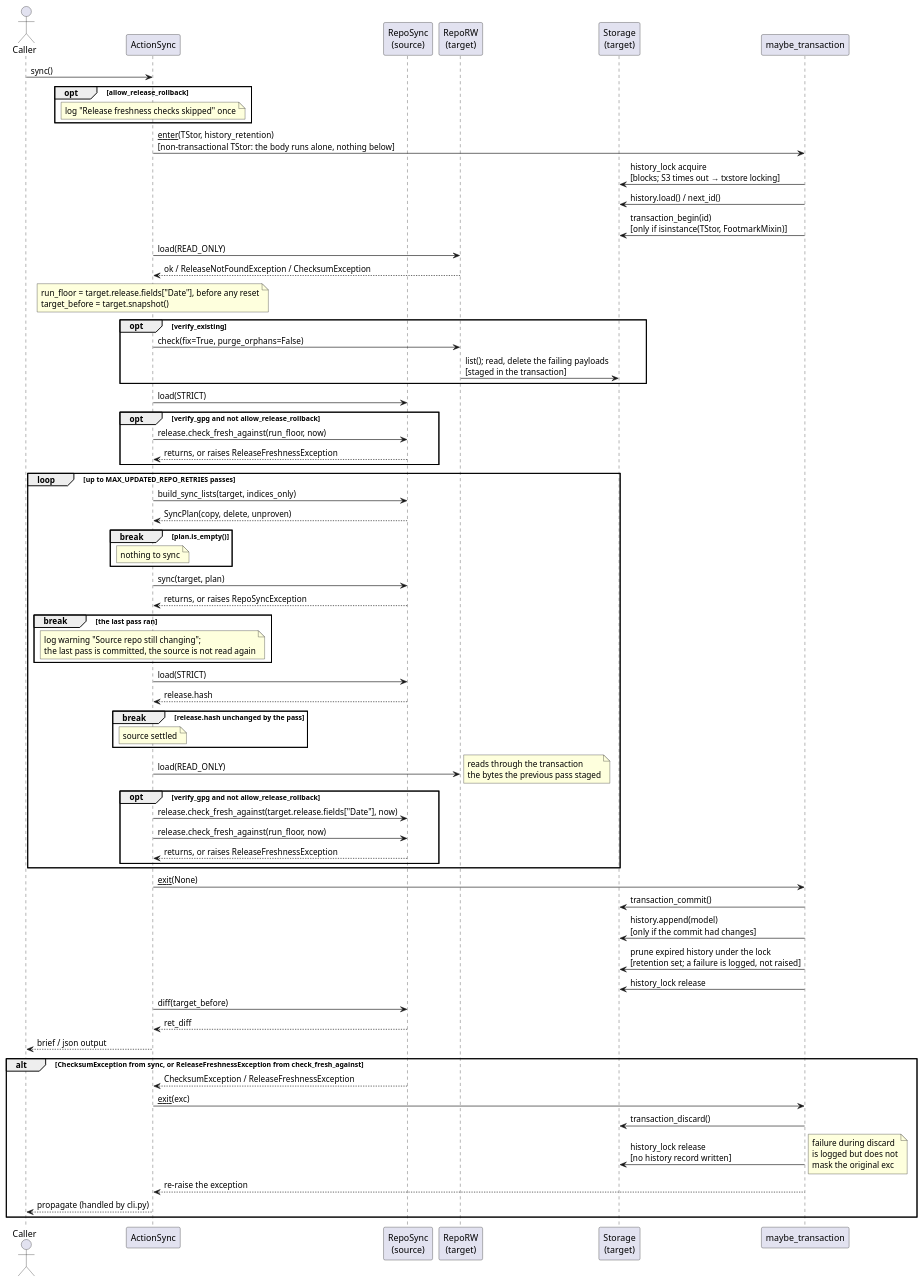
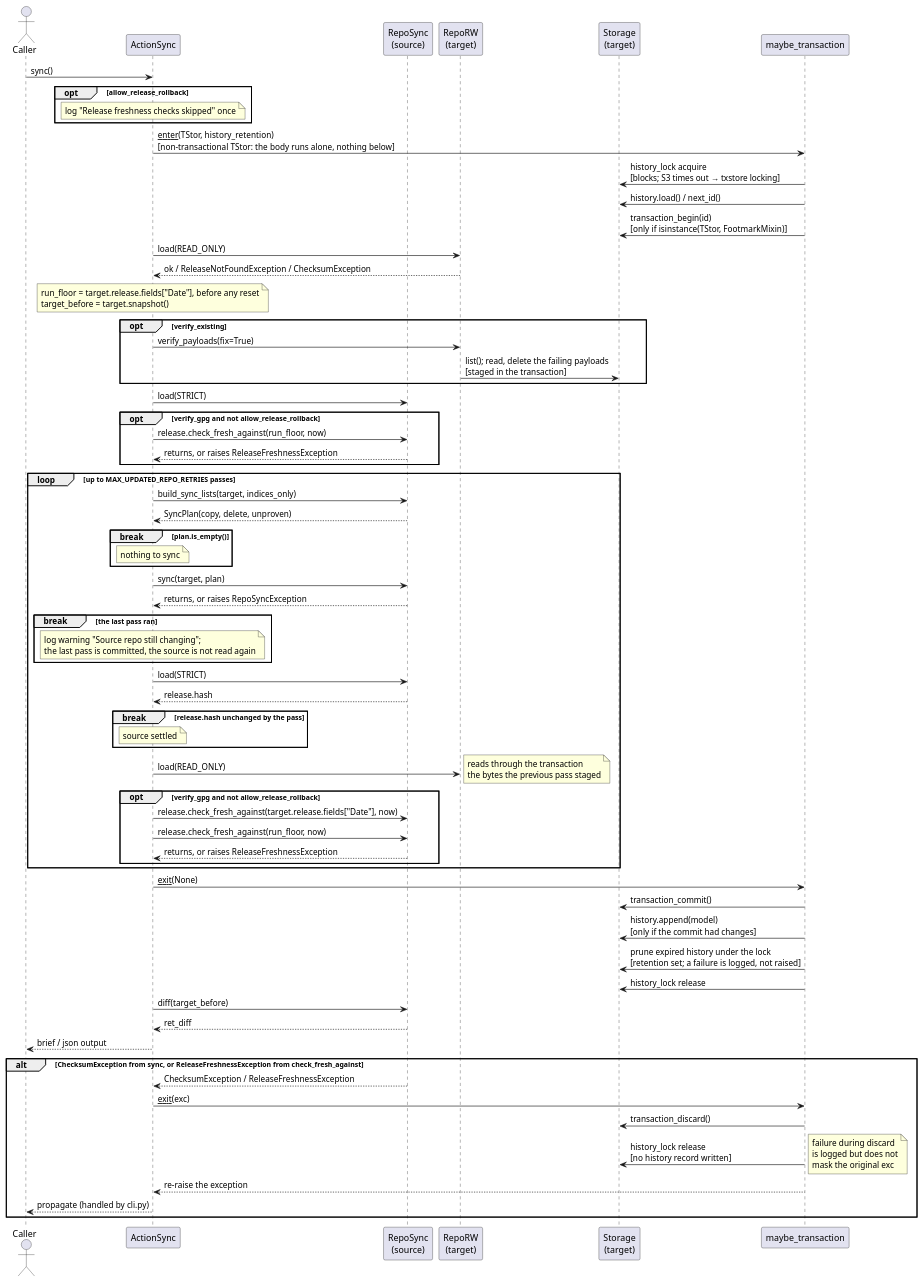
The diagram in docs/development/diagrams/action-sync-sequence.puml (vinklat/debkit), drawn with PlantUML before and after one commit. The commit also changed 28 other files, not shown here.

```diff
--- a/docs/development/diagrams/action-sync-sequence.puml
+++ b/docs/development/diagrams/action-sync-sequence.puml
@@ -1,82 +1,82 @@
 @startuml
 actor Caller
 participant ActionSync
 participant "RepoSync\n(source)" as Src
 participant "RepoRW\n(target)" as Tgt
 participant "Storage\n(target)" as TStor
 participant "maybe_transaction" as CM
 
 Caller -> ActionSync: sync()
 
 opt allow_release_rollback
   note over ActionSync: log "Release freshness checks skipped" once
 end
 
 ActionSync -> CM: __enter__(TStor, history_retention)\n[non-transactional TStor: the body runs alone, nothing below]
 CM -> TStor: history_lock acquire\n[blocks; S3 times out → txstore locking]
 CM -> TStor: history.load() / next_id()
 CM -> TStor: transaction_begin(id)\n[only if isinstance(TStor, FootmarkMixin)]
 
 ActionSync -> Tgt: load(READ_ONLY)
 Tgt --> ActionSync: ok / ReleaseNotFoundException / ChecksumException
 note over ActionSync: run_floor = target.release.fields["Date"], before any reset\ntarget_before = target.snapshot()
 
 opt verify_existing
-  ActionSync -> Tgt: check(fix=True, purge_orphans=False)
+  ActionSync -> Tgt: verify_payloads(fix=True)
   Tgt -> TStor: list(); read, delete the failing payloads\n[staged in the transaction]
 end
 
 ActionSync -> Src: load(STRICT)
 opt verify_gpg and not allow_release_rollback
   ActionSync -> Src: release.check_fresh_against(run_floor, now)
   Src --> ActionSync: returns, or raises ReleaseFreshnessException
 end
 
 loop up to MAX_UPDATED_REPO_RETRIES passes
   ActionSync -> Src: build_sync_lists(target, indices_only)
   Src --> ActionSync: SyncPlan(copy, delete, unproven)
   break plan.is_empty()
     note over ActionSync: nothing to sync
   end
 
   ActionSync -> Src: sync(target, plan)
   Src --> ActionSync: returns, or raises RepoSyncException
   break the last pass ran
     note over ActionSync: log warning "Source repo still changing";\nthe last pass is committed, the source is not read again
   end
 
   ActionSync -> Src: load(STRICT)
   Src --> ActionSync: release.hash
   break release.hash unchanged by the pass
     note over ActionSync: source settled
   end
 
   ActionSync -> Tgt: load(READ_ONLY)
   note right: reads through the transaction\nthe bytes the previous pass staged
   opt verify_gpg and not allow_release_rollback
     ActionSync -> Src: release.check_fresh_against(target.release.fields["Date"], now)
     ActionSync -> Src: release.check_fresh_against(run_floor, now)
     Src --> ActionSync: returns, or raises ReleaseFreshnessException
   end
 end
 
 ActionSync -> CM: __exit__(None)
 CM -> TStor: transaction_commit()
 CM -> TStor: history.append(model)\n[only if the commit had changes]
 CM -> TStor: prune expired history under the lock\n[retention set; a failure is logged, not raised]
 CM -> TStor: history_lock release
 
 ActionSync -> Src: diff(target_before)
 Src --> ActionSync: ret_diff
 ActionSync --> Caller: brief / json output
 
 alt ChecksumException from sync, or ReleaseFreshnessException from check_fresh_against
   Src --> ActionSync: ChecksumException / ReleaseFreshnessException
   ActionSync -> CM: __exit__(exc)
   CM -> TStor: transaction_discard()
   CM -> TStor: history_lock release\n[no history record written]
   note right: failure during discard\nis logged but does not\nmask the original exc
   CM --> ActionSync: re-raise the exception
   ActionSync --> Caller: propagate (handled by cli.py)
 end
 @enduml
```
